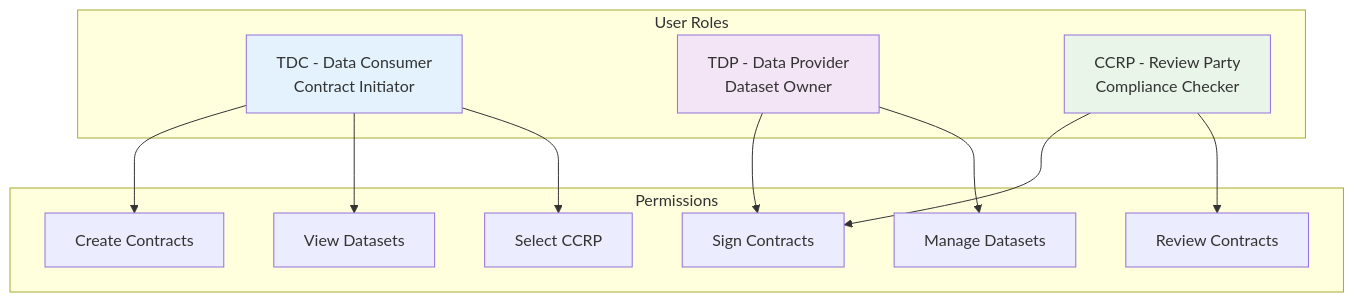
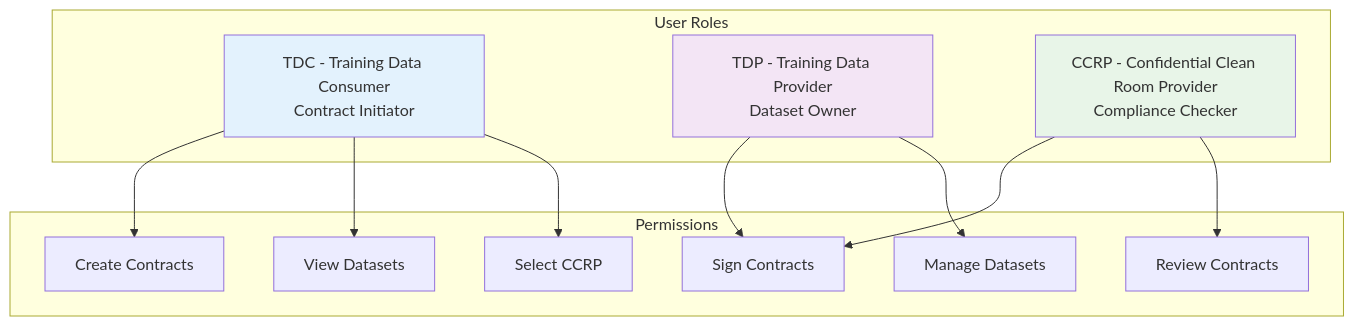
The second of 15 diagrams in ROLE_BASED_UI_GUIDE.md (gitmujoshi/Confidential-AI-Network), drawn with Mermaid before and after one commit. The commit also changed 5 other files, not shown here.

Commit message:
Fix terminology consistency across all documentation: TDP=Training Data Provider, TDC=Training Data Consumer, CCRP=Confidential Clean Room Provider

````diff
--- a/ROLE_BASED_UI_GUIDE.md
+++ b/ROLE_BASED_UI_GUIDE.md
@@ -74,29 +74,29 @@
 ```mermaid
 graph TD
     subgraph "User Roles"
-        TDC[TDC - Data Consumer<br/>Contract Initiator]
-        TDP[TDP - Data Provider<br/>Dataset Owner]
-        CCRP[CCRP - Review Party<br/>Compliance Checker]
+        TDC[TDC - Training Data Consumer<br/>Contract Initiator]
+        TDP[TDP - Training Data Provider<br/>Dataset Owner]
+        CCRP[CCRP - Confidential Clean Room Provider<br/>Compliance Checker]
     end
     
     subgraph "Permissions"
         P1[Create Contracts]
         P2[Sign Contracts]
         P3[View Datasets]
         P4[Manage Datasets]
         P5[Select CCRP]
         P6[Review Contracts]
     end
     
     TDC --> P1
     TDC --> P3
     TDC --> P5
     TDP --> P2
     TDP --> P4
     CCRP --> P2
     CCRP --> P6
     
     style TDC fill:#e3f2fd
     style TDP fill:#f3e5f5
     style CCRP fill:#e8f5e8
 ```
````
